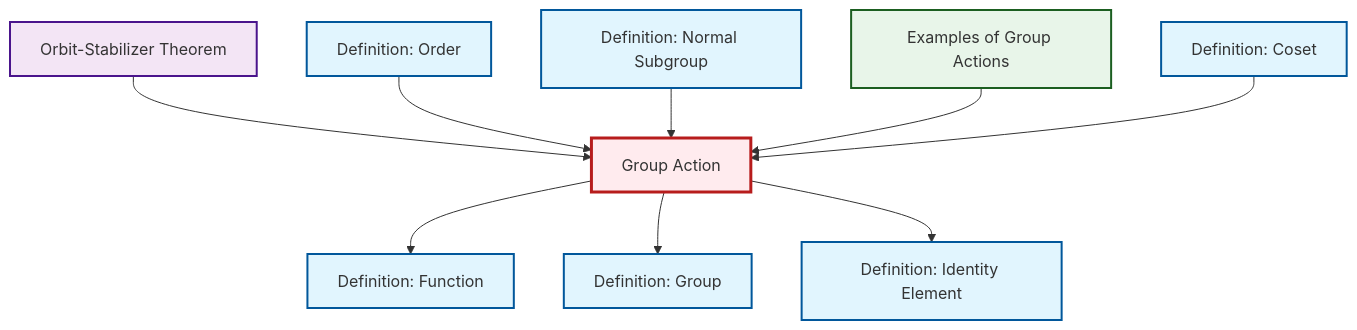
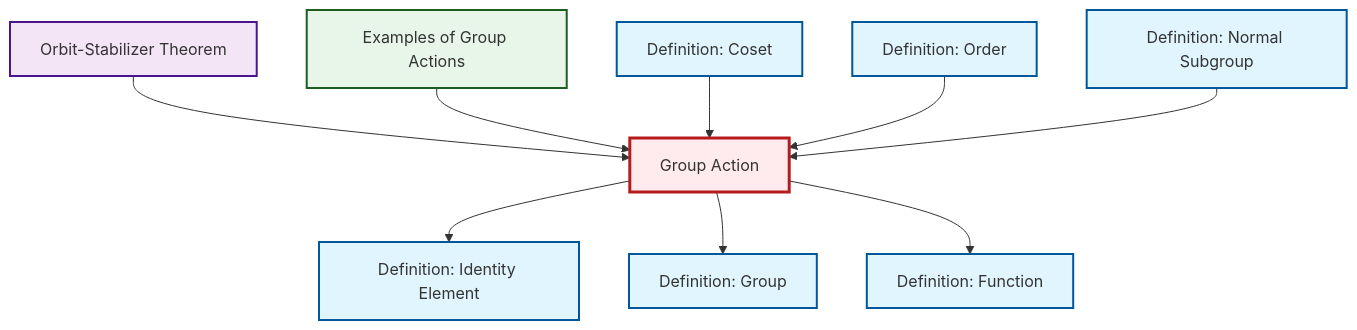
The diagram in content/en/algebra/def-group-action.qmd (RK0429/ModernMath), drawn with Mermaid before and after one commit. The commit also changed other lines of this file and 328 other files, not shown here.

````diff
--- a/content/en/algebra/def-group-action.qmd
+++ b/content/en/algebra/def-group-action.qmd
@@ -61,35 +61,35 @@
 ```{mermaid}
 %%| fig-cap: "Local dependency graph"
 graph TD
     classDef definition fill:#e1f5fe,stroke:#01579b,stroke-width:2px
     classDef theorem fill:#f3e5f5,stroke:#4a148c,stroke-width:2px
     classDef axiom fill:#fff3e0,stroke:#e65100,stroke-width:2px
     classDef example fill:#e8f5e9,stroke:#1b5e20,stroke-width:2px
     classDef current fill:#ffebee,stroke:#b71c1c,stroke-width:3px
+    ex-group-action-examples["Examples of Group Actions"]:::example
     def-coset["Definition: Coset"]:::definition
     def-normal-subgroup["Definition: Normal Subgroup"]:::definition
+    def-identity-element["Definition: Identity Element"]:::definition
+    def-group-action["Group Action"]:::definition
+    thm-orbit-stabilizer["Orbit-Stabilizer Theorem"]:::theorem
     def-order["Definition: Order"]:::definition
-    ex-group-action-examples["Examples of Group Actions"]:::example
     def-function["Definition: Function"]:::definition
-    thm-orbit-stabilizer["Orbit-Stabilizer Theorem"]:::theorem
-    def-identity-element["Definition: Identity Element"]:::definition
     def-group["Definition: Group"]:::definition
-    def-group-action["Group Action"]:::definition
     thm-orbit-stabilizer --> def-group-action
-    def-order --> def-group-action
-    def-group-action --> def-function
-    def-normal-subgroup --> def-group-action
     ex-group-action-examples --> def-group-action
-    def-group-action --> def-group
     def-coset --> def-group-action
     def-group-action --> def-identity-element
+    def-order --> def-group-action
+    def-group-action --> def-group
+    def-normal-subgroup --> def-group-action
+    def-group-action --> def-function
     class def-group-action current
+    click ex-group-action-examples "ex-group-action-examples.html" "Go to Examples of Group Actions"
     click def-coset "def-coset.html" "Go to Coset definition"
     click def-normal-subgroup "def-normal-subgroup.html" "Go to Normal Subgroup definition"
+    click def-identity-element "def-identity-element.html" "Go to Identity Element definition"
+    click thm-orbit-stabilizer "thm-orbit-stabilizer.html" "Go to Orbit-Stabilizer Theorem"
     click def-order "def-order.html" "Go to Order definition"
-    click ex-group-action-examples "ex-group-action-examples.html" "Go to Examples of Group Actions"
     click def-function "def-function.html" "Go to Function definition"
-    click thm-orbit-stabilizer "thm-orbit-stabilizer.html" "Go to Orbit-Stabilizer Theorem"
-    click def-identity-element "def-identity-element.html" "Go to Identity Element definition"
     click def-group "def-group.html" "Go to Group definition"
 ```
````
